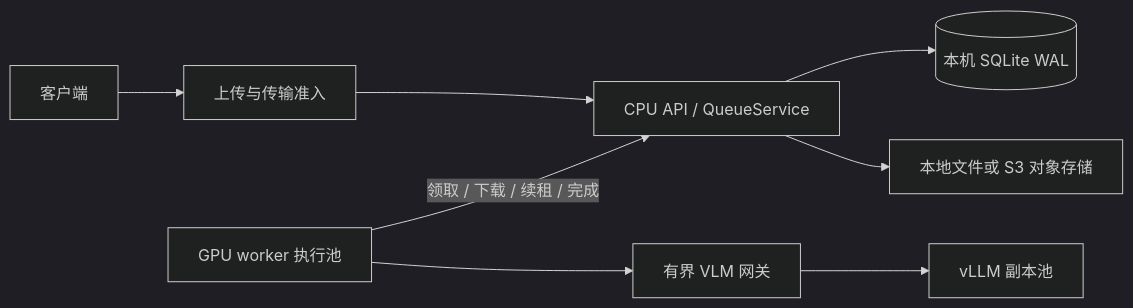
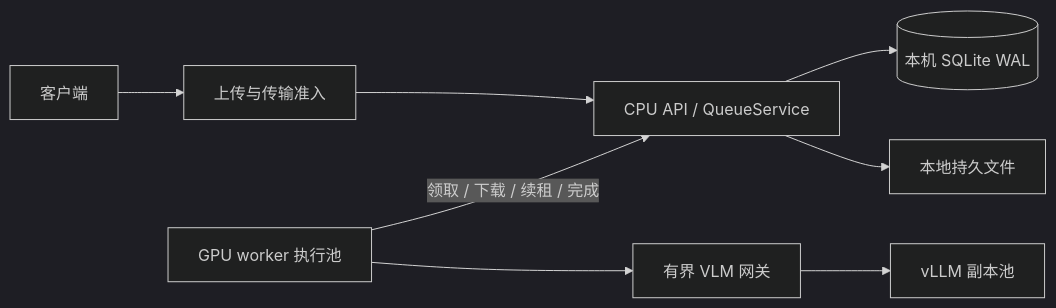
Before and after one commit to zhanghx0905/MinerU-Parse-Service: the first of 3 diagrams in docs/scheduling.md, drawn with Mermaid (dark theme). The commit also changed other lines of this file and 68 other files, not shown here.

Commit message:
refactor: unify persistent queue architecture for v1.4.0

````diff
--- a/docs/scheduling.md
+++ b/docs/scheduling.md
@@ -9,10 +9,10 @@
 ```mermaid
 flowchart LR
     Client[客户端] --> Admission[上传与传输准入]
     Admission --> API[CPU API / QueueService]
     API --> DB[(本机 SQLite WAL)]
-    API --> Objects[本地文件或 S3 对象存储]
+    API --> Objects[本地持久文件]
     Worker[GPU worker 执行池] -->|领取 / 下载 / 续租 / 完成| API
     Worker --> Gateway[有界 VLM 网关]
     Gateway --> VLM[vLLM 副本池]
 ```
````
